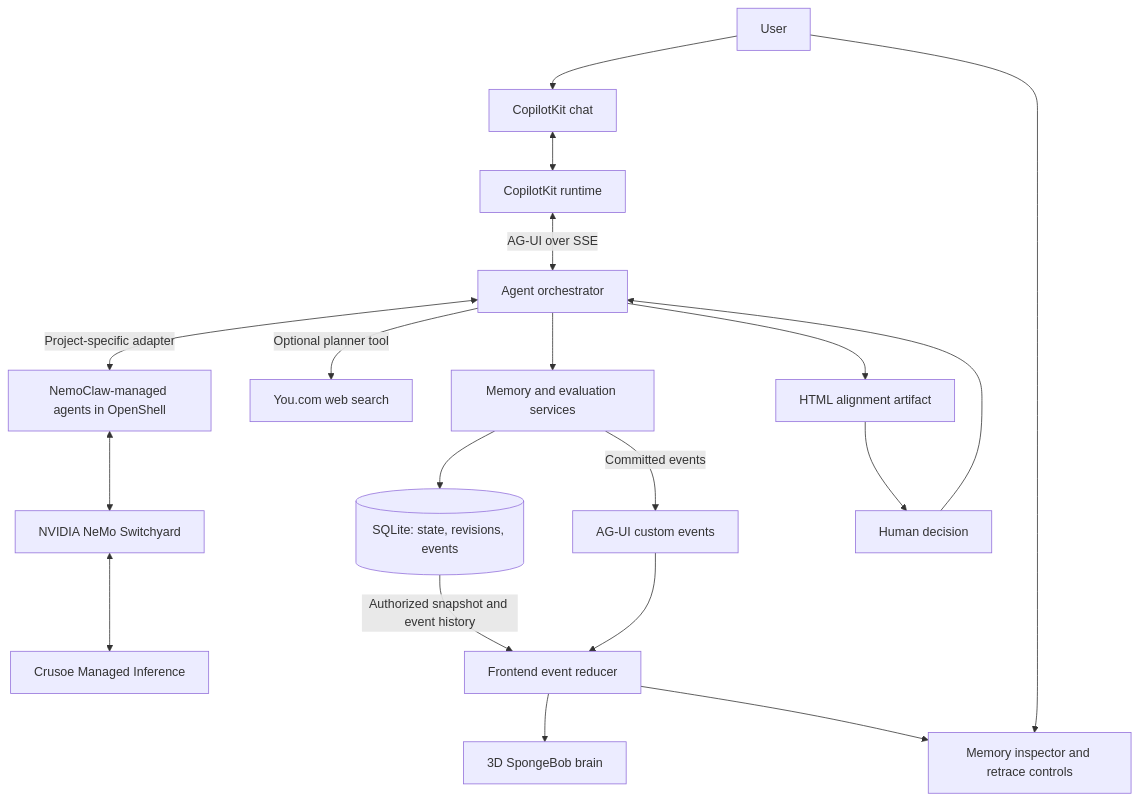
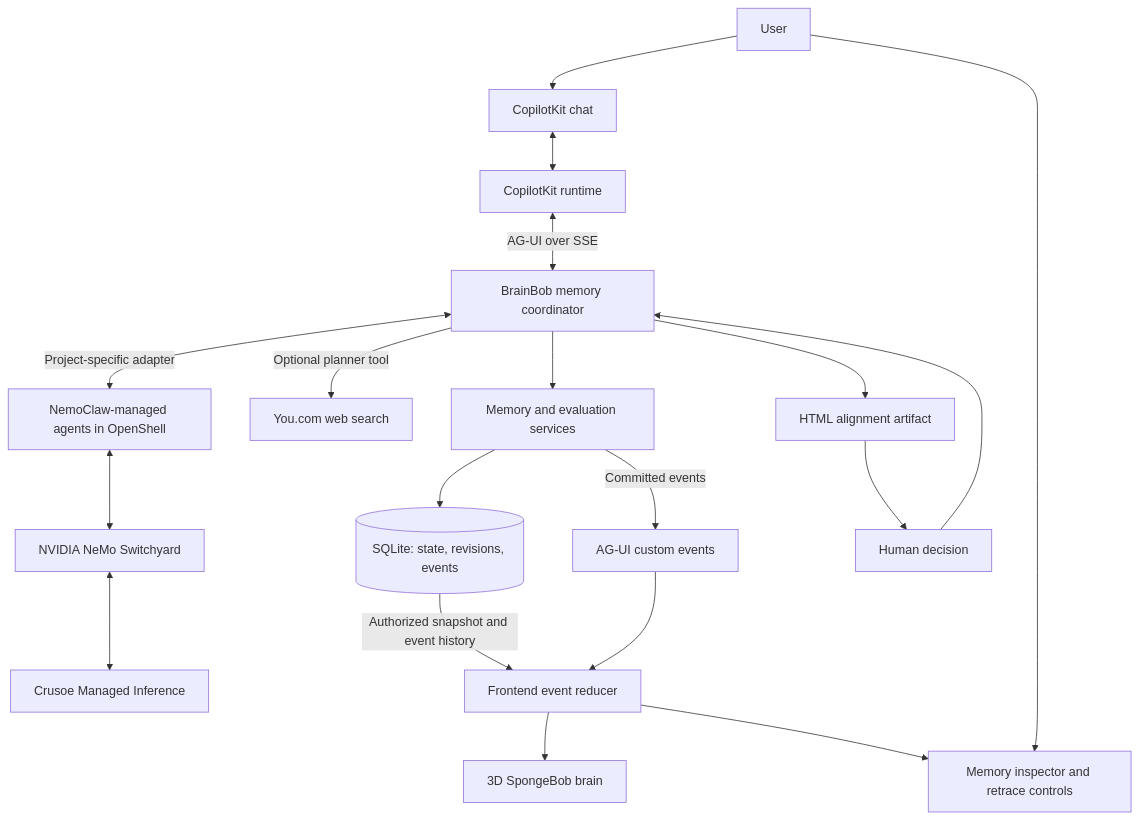
Before and after one commit to jerelvelarde/BrainBob: the diagram in docs/architecture.md, drawn with Mermaid. The commit also changed other lines of this file and 19 other files, not shown here.

Commit message:
feat: build isometric BrainBob memory office and retrace preview

````diff
--- a/docs/architecture.md
+++ b/docs/architecture.md
@@ -42,21 +42,21 @@
 ```mermaid
 flowchart TD
     User[User] --> Chat[CopilotKit chat]
     User --> Inspect[Memory inspector and retrace controls]
     Chat <--> Runtime[CopilotKit runtime]
-    Runtime <-->|AG-UI over SSE| Agent[Agent orchestrator]
+    Runtime <-->|AG-UI over SSE| Agent[BrainBob memory coordinator]
     Agent <-->|Project-specific adapter| Harness[NemoClaw-managed agents in OpenShell]
     Harness <--> Router[NVIDIA NeMo Switchyard]
     Router <--> Crusoe[Crusoe Managed Inference]
     Agent -->|Optional planner tool| Research[You.com web search]
     Agent --> Tools[Memory and evaluation services]
     Tools --> DB[(SQLite: state, revisions, events)]
     Tools -->|Committed events| Stream[AG-UI custom events]
     Stream --> Projection[Frontend event reducer]
     DB -->|Authorized snapshot and event history| Projection
     Projection --> Brain[3D SpongeBob brain]
     Projection --> Inspect
     Agent --> Plan[HTML alignment artifact]
     Plan --> Approval[Human decision]
     Approval --> Agent
 ```
````
